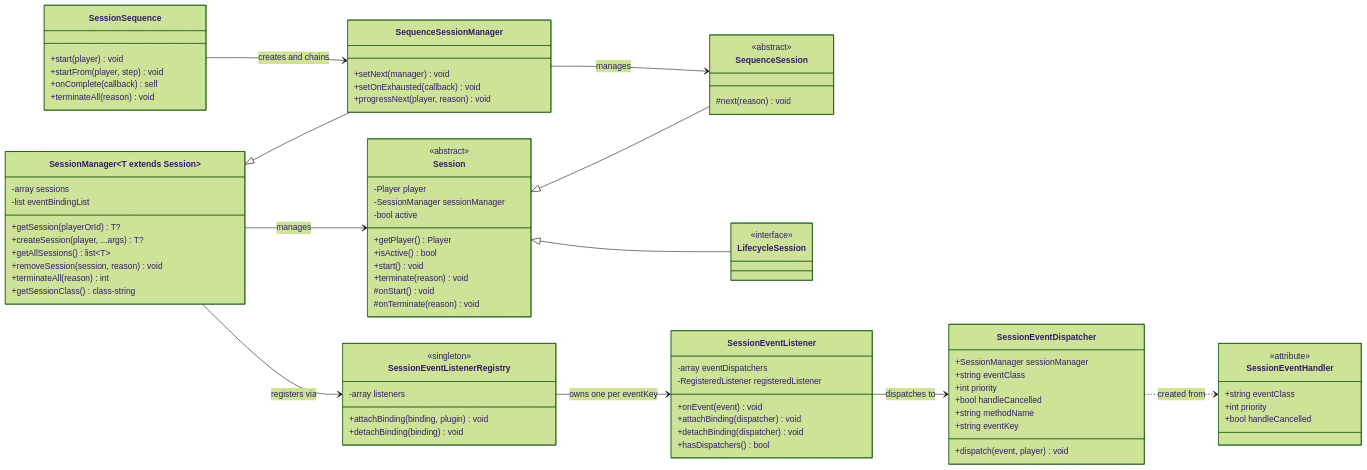
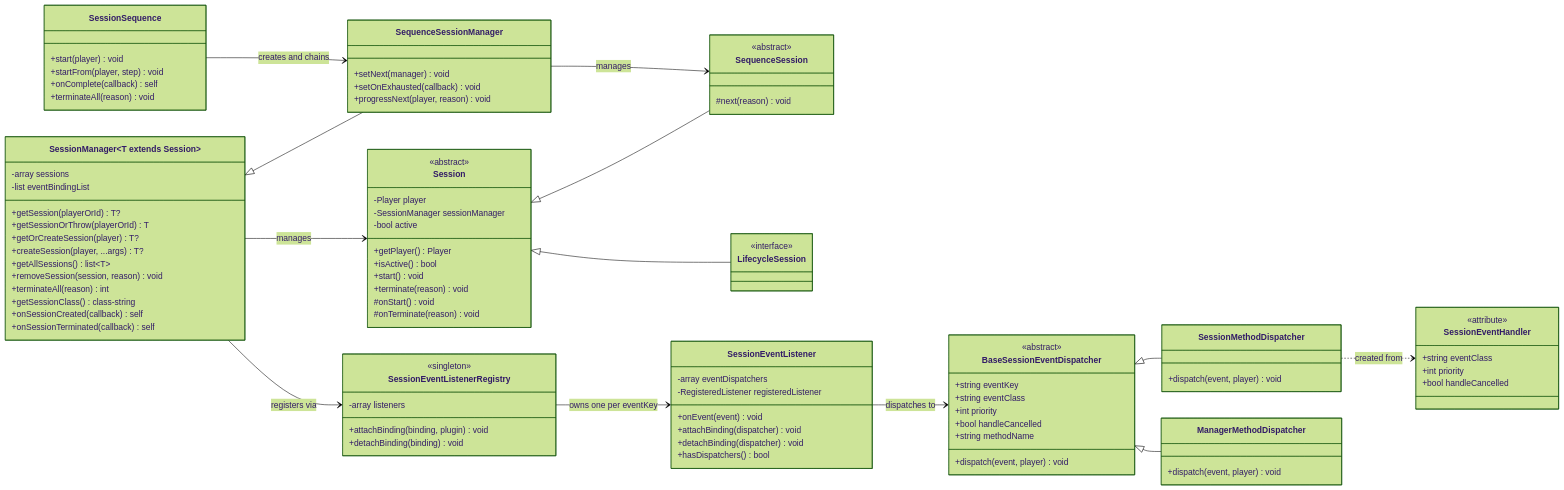
Before and after one commit to presentkim-pm/session-utils: the diagram in README.md, drawn with Mermaid (forest theme). The commit also changed other lines of this file and 1 other file, not shown here.

````diff
--- a/README.md
+++ b/README.md
@@ -76,11 +77,15 @@
     -array sessions
     -list eventBindingList
     +getSession(playerOrId) T?
+    +getSessionOrThrow(playerOrId) T
+    +getOrCreateSession(player) T?
     +createSession(player, ...args) T?
     +getAllSessions() list~T~
     +removeSession(session, reason) void
     +terminateAll(reason) int
     +getSessionClass() class-string
+    +onSessionCreated(callback) self
+    +onSessionTerminated(callback) self
 }
 
 class SequenceSessionManager {
@@ -112,13 +117,21 @@
     +hasDispatchers() bool
 }
 
-class SessionEventDispatcher {
-    +SessionManager sessionManager
+class BaseSessionEventDispatcher {
+    <<abstract>>
+    +string eventKey
     +string eventClass
     +int priority
     +bool handleCancelled
     +string methodName
-    +string eventKey
+    +dispatch(event, player) void
+}
+
+class SessionMethodDispatcher {
+    +dispatch(event, player) void
+}
+
+class ManagerMethodDispatcher {
     +dispatch(event, player) void
 }
 
@@ -137,6 +150,8 @@
 SessionManager --> Session : manages
 SessionManager --> SessionEventListenerRegistry : registers via
 SessionEventListenerRegistry --> SessionEventListener : owns one per eventKey
-SessionEventListener --> SessionEventDispatcher : dispatches to
-SessionEventDispatcher ..> SessionEventHandler : created from
+SessionEventListener --> BaseSessionEventDispatcher : dispatches to
+BaseSessionEventDispatcher <|-- SessionMethodDispatcher
+BaseSessionEventDispatcher <|-- ManagerMethodDispatcher
+SessionMethodDispatcher ..> SessionEventHandler : created from
 ```
````
